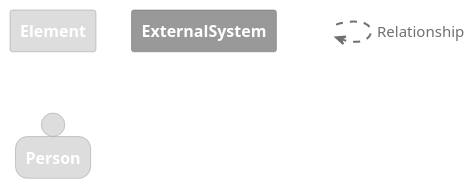
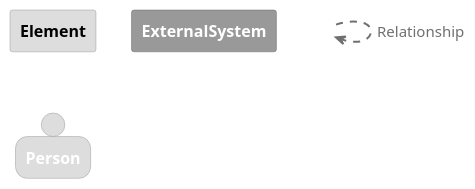
One commit to lfuuu/Diplom changed the diagram in docs/c4-dsl/plantuml/structurizr-tellbillServiceContext-key.puml. Above: the diagram before and after it, drawn with PlantUML. The commit also changed 44 other files, not shown here.

```diff
--- a/docs/c4-dsl/plantuml/structurizr-tellbillServiceContext-key.puml
+++ b/docs/c4-dsl/plantuml/structurizr-tellbillServiceContext-key.puml
@@ -1,44 +1,44 @@
 @startuml
 set separator none
 
 skinparam {
   shadowing false
   arrowFontSize 15
   defaultTextAlignment center
   wrapWidth 100
   maxMessageSize 100
 }
 hide stereotype
 
 skinparam rectangle<<_transparent>> {
   BorderColor transparent
   BackgroundColor transparent
   FontColor transparent
 }
 
 skinparam rectangle<<1>> {
   BackgroundColor #dddddd
-  FontColor #ffffff
+  FontColor #000000
   BorderColor #9a9a9a
 }
 rectangle "==Element" <<1>>
 
 skinparam rectangle<<2>> {
   BackgroundColor #999999
   FontColor #ffffff
   BorderColor #6b6b6b
 }
 rectangle "==ExternalSystem" <<2>>
 
 skinparam person<<3>> {
   BackgroundColor #dddddd
   FontColor #ffffff
   BorderColor #9a9a9a
 }
 person "==Person" <<3>>
 
 rectangle "." <<_transparent>> as 4
 4 .[#707070,thickness=2].> 4 : "<color:#707070>Relationship"
 
 
 @enduml
```
